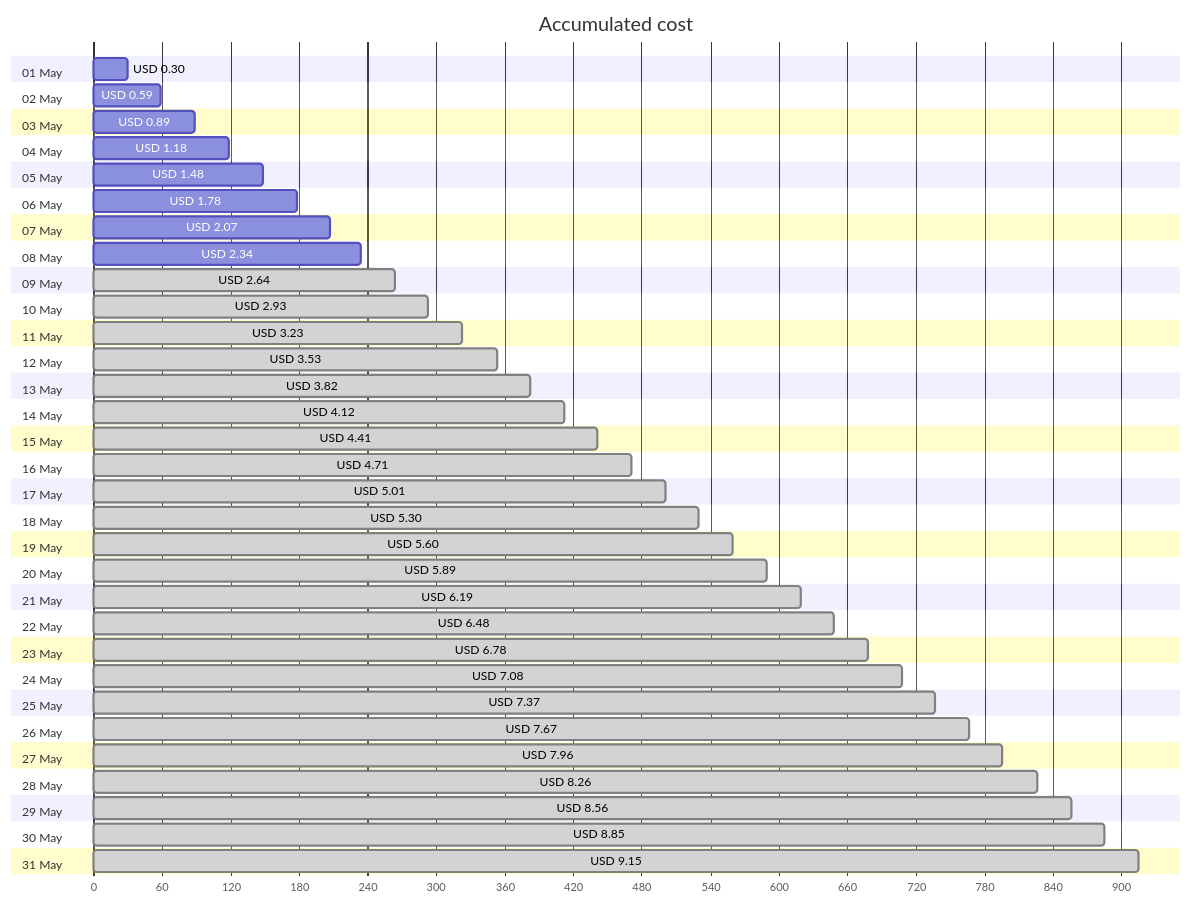
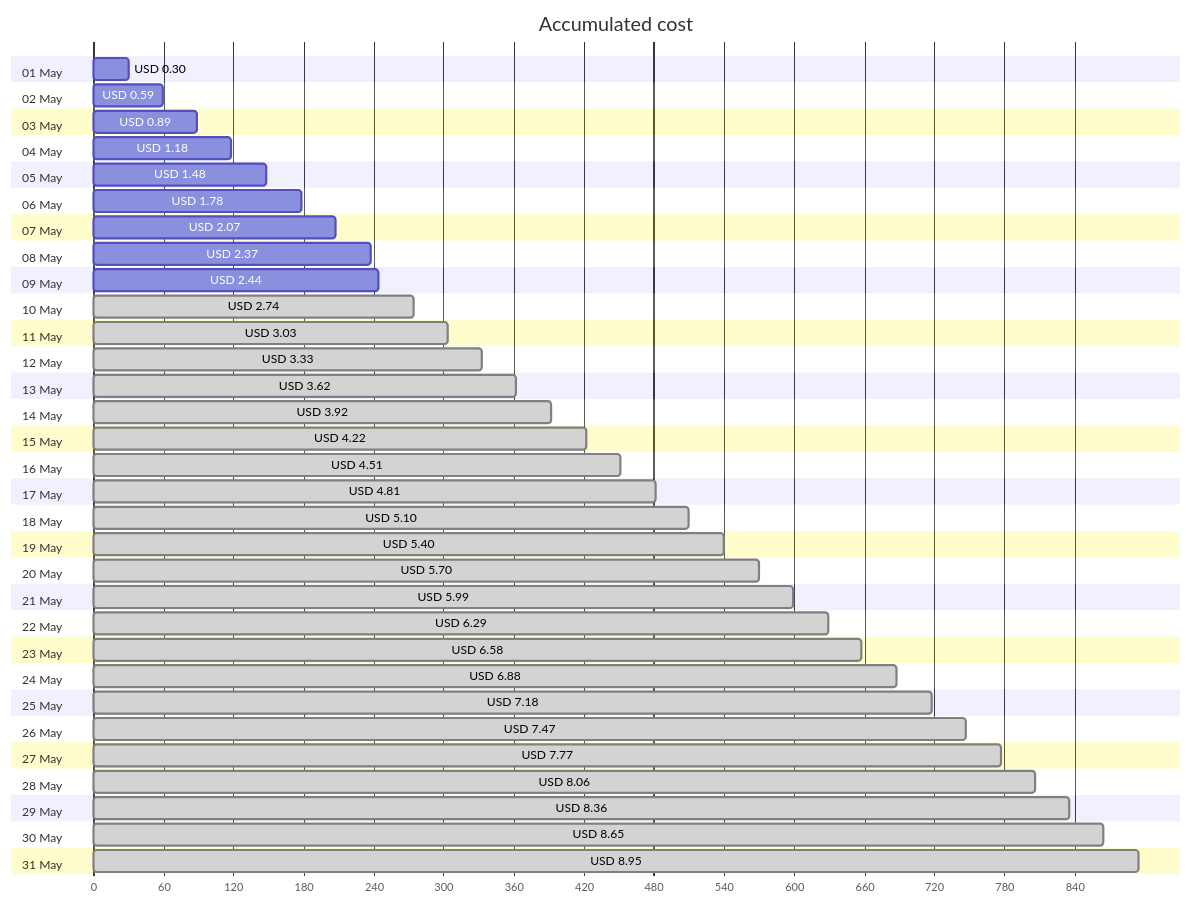
The first of 4 diagrams in cost-reports/personal-site/personal-site.md (jpfulton/azure-personal-reports), drawn with Mermaid before and after one commit. The commit also changed other lines of this file and 6 other files, not shown here.

````diff
--- a/cost-reports/personal-site/personal-site.md
+++ b/cost-reports/personal-site/personal-site.md
@@ -20,68 +20,68 @@
 ```mermaid
 gantt
    title Accumulated cost
    dateFormat  X
    axisFormat %s
    section 01 May
    USD 0.30 :0, 30
    section 02 May
    USD 0.59 :0, 59
    section 03 May
    USD 0.89 :0, 89
    section 04 May
    USD 1.18 :0, 118
    section 05 May
    USD 1.48 :0, 148
    section 06 May
    USD 1.78 :0, 178
    section 07 May
    USD 2.07 :0, 207
    section 08 May
-   USD 2.34 :0, 234
+   USD 2.37 :0, 237
    section 09 May
-   USD 2.64 : done, 0, 264
+   USD 2.44 :0, 244
    section 10 May
-   USD 2.93 : done, 0, 293
+   USD 2.74 : done, 0, 274
    section 11 May
-   USD 3.23 : done, 0, 323
+   USD 3.03 : done, 0, 303
    section 12 May
-   USD 3.53 : done, 0, 353
+   USD 3.33 : done, 0, 333
    section 13 May
-   USD 3.82 : done, 0, 382
+   USD 3.62 : done, 0, 362
    section 14 May
-   USD 4.12 : done, 0, 412
+   USD 3.92 : done, 0, 392
    section 15 May
-   USD 4.41 : done, 0, 441
+   USD 4.22 : done, 0, 422
    section 16 May
-   USD 4.71 : done, 0, 471
+   USD 4.51 : done, 0, 451
    section 17 May
-   USD 5.01 : done, 0, 501
+   USD 4.81 : done, 0, 481
    section 18 May
-   USD 5.30 : done, 0, 530
+   USD 5.10 : done, 0, 510
    section 19 May
-   USD 5.60 : done, 0, 560
+   USD 5.40 : done, 0, 540
    section 20 May
-   USD 5.89 : done, 0, 589
+   USD 5.70 : done, 0, 570
    section 21 May
-   USD 6.19 : done, 0, 619
+   USD 5.99 : done, 0, 599
    section 22 May
-   USD 6.48 : done, 0, 648
+   USD 6.29 : done, 0, 629
    section 23 May
-   USD 6.78 : done, 0, 678
+   USD 6.58 : done, 0, 658
    section 24 May
-   USD 7.08 : done, 0, 708
+   USD 6.88 : done, 0, 688
    section 25 May
-   USD 7.37 : done, 0, 737
+   USD 7.18 : done, 0, 718
    section 26 May
-   USD 7.67 : done, 0, 767
+   USD 7.47 : done, 0, 747
    section 27 May
-   USD 7.96 : done, 0, 796
+   USD 7.77 : done, 0, 777
    section 28 May
-   USD 8.26 : done, 0, 826
+   USD 8.06 : done, 0, 806
    section 29 May
-   USD 8.56 : done, 0, 856
+   USD 8.36 : done, 0, 836
    section 30 May
-   USD 8.85 : done, 0, 885
+   USD 8.65 : done, 0, 865
    section 31 May
-   USD 9.15 : done, 0, 915
+   USD 8.95 : done, 0, 895
 ```
````
